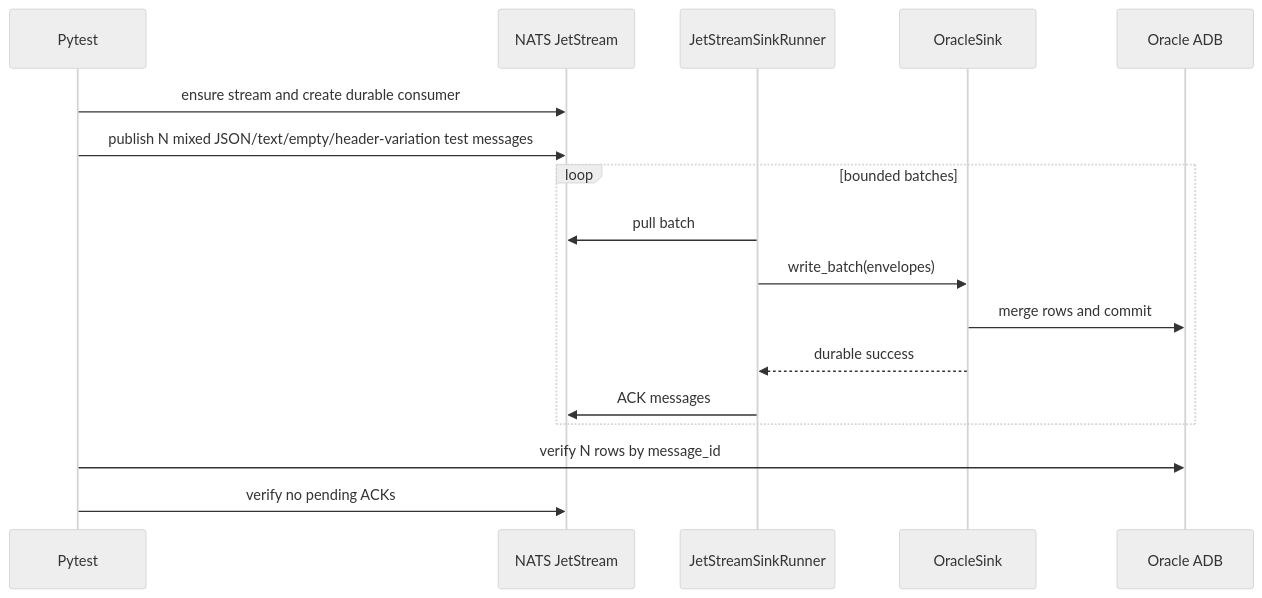
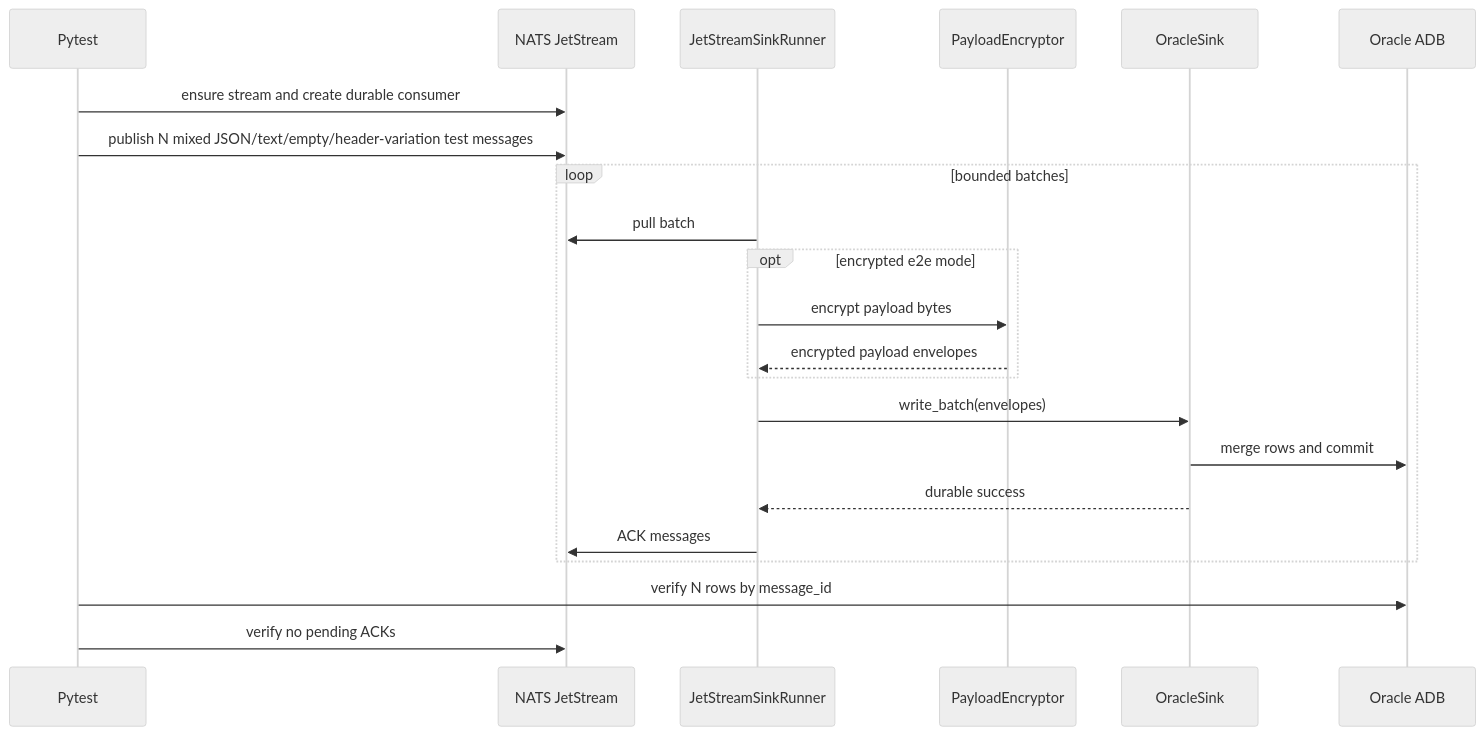
One commit to ProjectCuillin/nats-sinks changed the third of 3 diagrams in docs/testing.md. Above: the diagram before and after it, drawn with Mermaid (neutral theme). The commit also changed other lines of this file and 80 other files, not shown here.

````diff
--- a/docs/testing.md
+++ b/docs/testing.md
@@ -461,20 +532,25 @@
 ```mermaid
 sequenceDiagram
     participant T as Pytest
     participant N as NATS JetStream
     participant R as JetStreamSinkRunner
+    participant E as PayloadEncryptor
     participant O as OracleSink
     participant DB as Oracle ADB
 
     T->>N: ensure stream and create durable consumer
     T->>N: publish N mixed JSON/text/empty/header-variation test messages
     loop bounded batches
         R->>N: pull batch
+        opt encrypted e2e mode
+            R->>E: encrypt payload bytes
+            E-->>R: encrypted payload envelopes
+        end
         R->>O: write_batch(envelopes)
         O->>DB: merge rows and commit
         O-->>R: durable success
         R->>N: ACK messages
     end
     T->>DB: verify N rows by message_id
     T->>N: verify no pending ACKs
 ```
````
